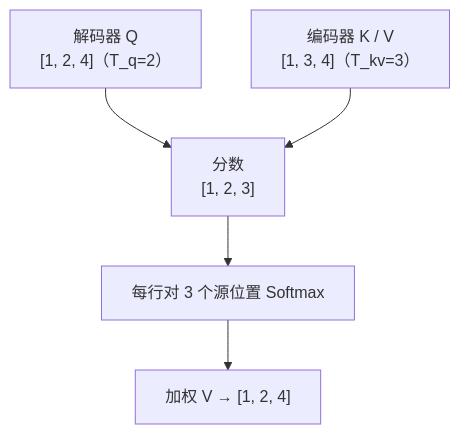
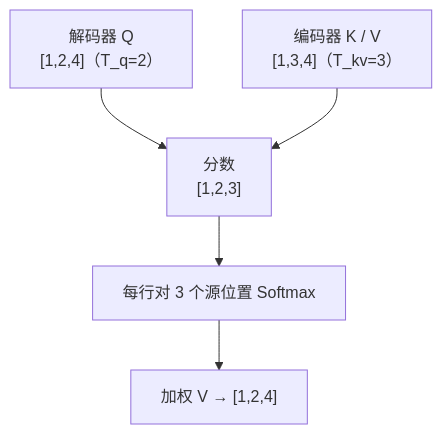
One commit to cluster1900/zero2llm changed the third of 5 diagrams in chapters/07_encoder_decoder.md. Above: the diagram before and after it, drawn with Mermaid. The commit also changed other lines of this file and 13 other files, not shown here.

````diff
--- a/chapters/07_encoder_decoder.md
+++ b/chapters/07_encoder_decoder.md
@@ -110,10 +110,10 @@
 ```mermaid
 flowchart TD
     %% id: ch07-cross-attn-shapes
     accTitle: Cross-attention：查询跟目标走，分数沿源位置归一化
     accDescr: 解码器 Q 形状 [1,2,4]（T_q=2），编码器 K/V 形状 [1,3,4]（T_kv=3）；分数 [1,2,3]，每行对 3 个源位置 Softmax 后加权 V，得到 [1,2,4]。
-    Q["解码器 Q<br/>[1, 2, 4]（T_q=2）"] --> S["分数<br/>[1, 2, 3]"]
-    KV["编码器 K / V<br/>[1, 3, 4]（T_kv=3）"] --> S
+    Q["解码器 Q<br/>[1,2,4]（T_q=2）"] --> S["分数<br/>[1,2,3]"]
+    KV["编码器 K / V<br/>[1,3,4]（T_kv=3）"] --> S
     S --> SM["每行对 3 个源位置 Softmax"]
-    SM --> OUT["加权 V → [1, 2, 4]"]
+    SM --> OUT["加权 V → [1,2,4]"]
 ```
````
